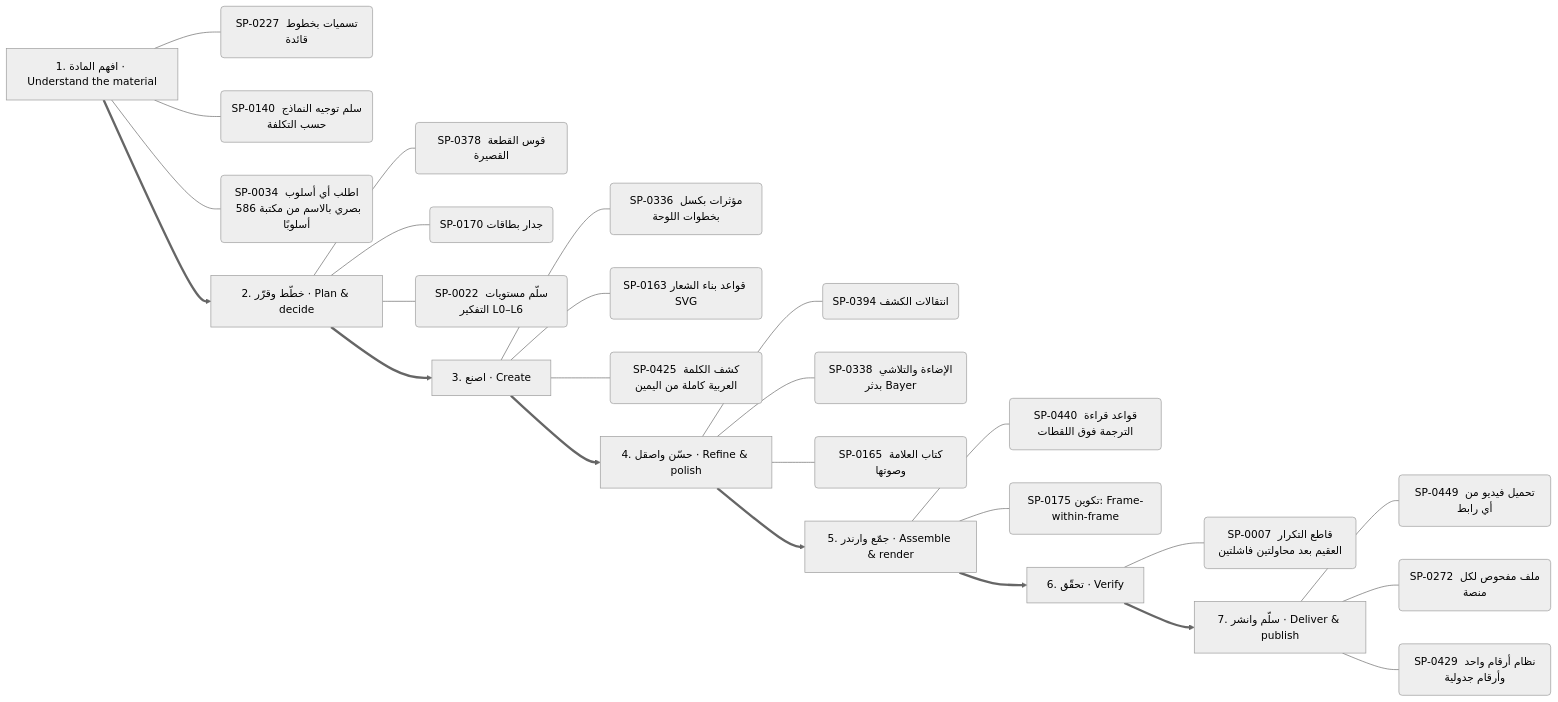
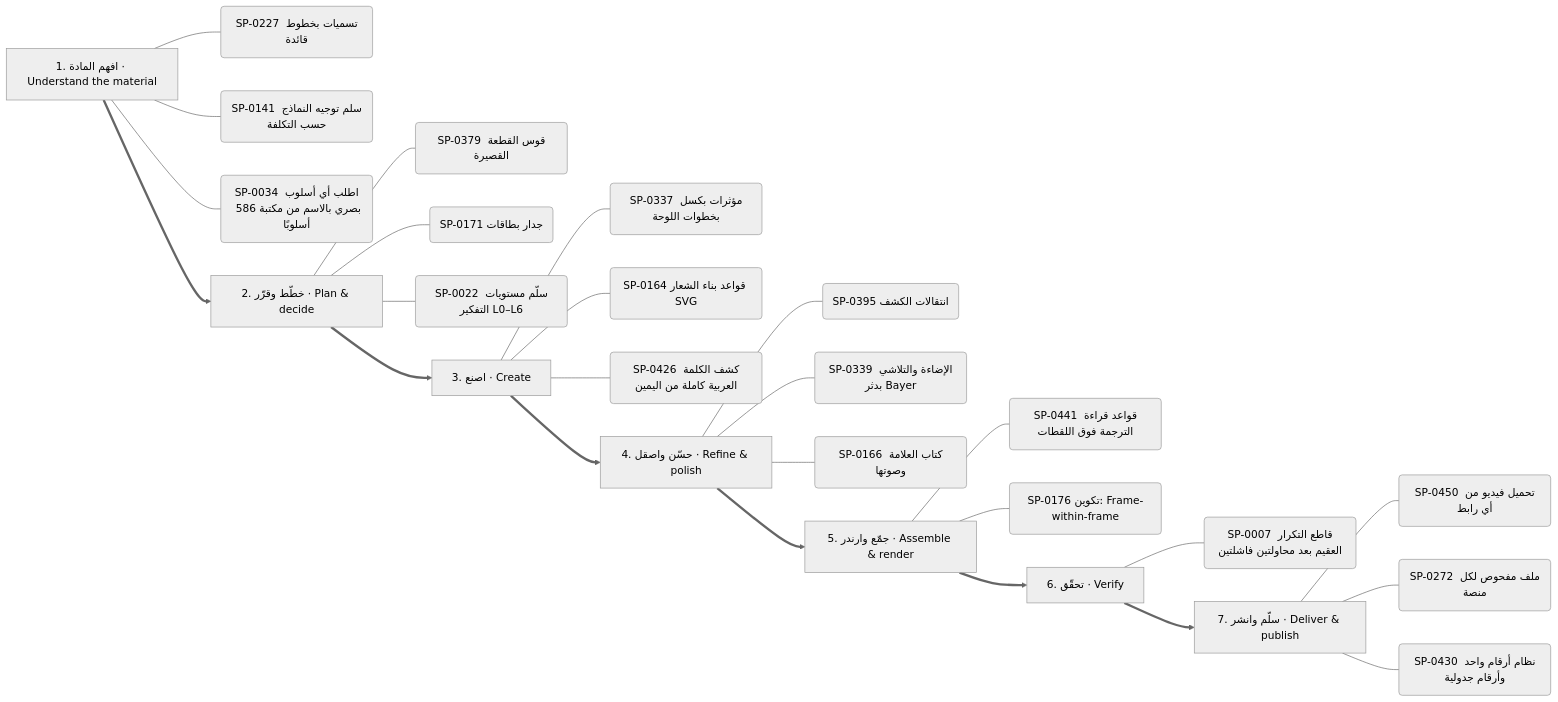
Before and after one commit to kosif199022-jpg/kosif-tool: the sixth of 13 diagrams in .claude/skills/kosif-superpowers/references/capability-mindmap.md, drawn with Mermaid (neutral theme). The commit also changed other lines of this file and 53 other files, not shown here.

````diff
--- a/.claude/skills/kosif-superpowers/references/capability-mindmap.md
+++ b/.claude/skills/kosif-superpowers/references/capability-mindmap.md
@@ -313,34 +311,34 @@
 ```mermaid
 flowchart LR
   S0["1. افهم المادة · Understand the material"]
   S0 --- S0_0("SP-0227 تسميات بخطوط قائدة")
-  S0 --- S0_1("SP-0140 سلم توجيه النماذج حسب التكلفة")
+  S0 --- S0_1("SP-0141 سلم توجيه النماذج حسب التكلفة")
   S0 --- S0_2("SP-0034 اطلب أي أسلوب بصري بالاسم من مكتبة 586 أسلوبًا")
   S1["2. خطّط وقرّر · Plan & decide"]
-  S1 --- S1_0("SP-0378 قوس القطعة القصيرة")
-  S1 --- S1_1("SP-0170 جدار بطاقات")
+  S1 --- S1_0("SP-0379 قوس القطعة القصيرة")
+  S1 --- S1_1("SP-0171 جدار بطاقات")
   S1 --- S1_2("SP-0022 سلّم مستويات التفكير L0–L6")
   S0 ==> S1
   S2["3. اصنع · Create"]
-  S2 --- S2_0("SP-0336 مؤثرات بكسل بخطوات اللوحة")
-  S2 --- S2_1("SP-0163 قواعد بناء الشعار SVG")
-  S2 --- S2_2("SP-0425 كشف الكلمة العربية كاملة من اليمين")
+  S2 --- S2_0("SP-0337 مؤثرات بكسل بخطوات اللوحة")
+  S2 --- S2_1("SP-0164 قواعد بناء الشعار SVG")
+  S2 --- S2_2("SP-0426 كشف الكلمة العربية كاملة من اليمين")
   S1 ==> S2
   S3["4. حسّن واصقل · Refine & polish"]
-  S3 --- S3_0("SP-0394 انتقالات الكشف")
-  S3 --- S3_1("SP-0338 الإضاءة والتلاشي بدثر Bayer")
-  S3 --- S3_2("SP-0165 كتاب العلامة وصوتها")
+  S3 --- S3_0("SP-0395 انتقالات الكشف")
+  S3 --- S3_1("SP-0339 الإضاءة والتلاشي بدثر Bayer")
+  S3 --- S3_2("SP-0166 كتاب العلامة وصوتها")
   S2 ==> S3
   S4["5. جمّع وارندر · Assemble & render"]
-  S4 --- S4_0("SP-0440 قواعد قراءة الترجمة فوق اللقطات")
-  S4 --- S4_1("SP-0175 تكوين: Frame-within-frame")
+  S4 --- S4_0("SP-0441 قواعد قراءة الترجمة فوق اللقطات")
+  S4 --- S4_1("SP-0176 تكوين: Frame-within-frame")
   S3 ==> S4
   S5["6. تحقّق · Verify"]
   S5 --- S5_0("SP-0007 قاطع التكرار العقيم بعد محاولتين فاشلتين")
   S4 ==> S5
   S6["7. سلّم وانشر · Deliver & publish"]
-  S6 --- S6_0("SP-0449 تحميل فيديو من أي رابط")
+  S6 --- S6_0("SP-0450 تحميل فيديو من أي رابط")
   S6 --- S6_1("SP-0272 ملف مفحوص لكل منصة")
-  S6 --- S6_2("SP-0429 نظام أرقام واحد وأرقام جدولية")
+  S6 --- S6_2("SP-0430 نظام أرقام واحد وأرقام جدولية")
   S5 ==> S6
 ```
````
